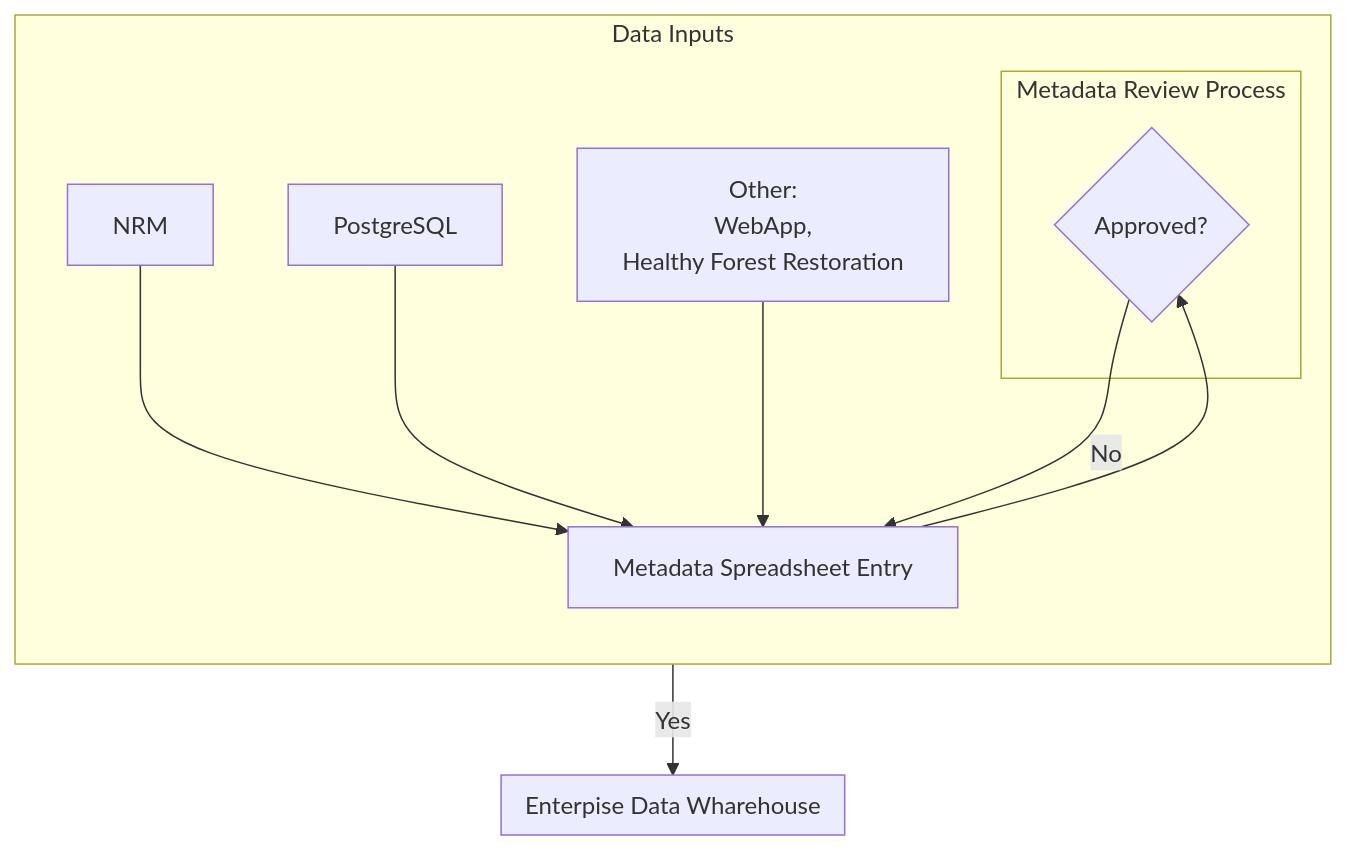
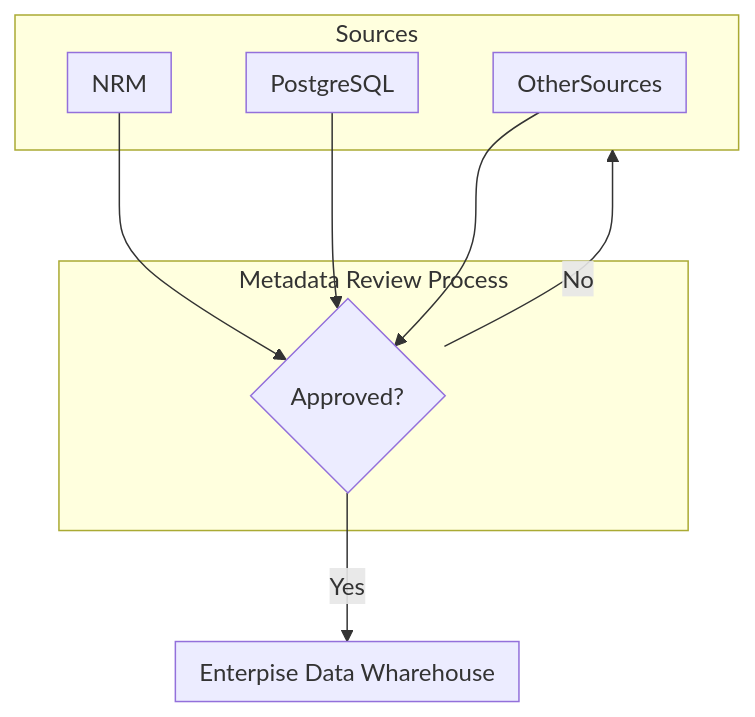
The diagram in docs/metadata-architecture.md (forestbytes/catalog), drawn with Mermaid before and after one commit.

Commit message:
Cleaner diagram

````diff
--- a/docs/metadata-architecture.md
+++ b/docs/metadata-architecture.md
@@ -1,26 +1,30 @@
 ```mermaid
 
-flowchart TB
-  subgraph DataInputs[Data Inputs]
-      direction TB
-      NRM --> MetadataSpreadsheetEntry[Metadata Spreadsheet Entry]
-      PostgreSQL --> MetadataSpreadsheetEntry
-      Other[
-        Other:
-        WebApp, 
-        Healthy Forest Restoration
-      ] --> MetadataSpreadsheetEntry
-      MetadataSpreadsheetEntry
+flowchart
+  direction TB
 
-      subgraph Review[Metadata Review Process]
-        ReviewDecision{Approved?}
-      end
+  subgraph Sources
+    subgraph NRM
+    end
+    
+    subgraph PostgreSQL
+    end
+
+    subgraph OtherSources
+    end
   end
 
-  subgraph EDW[Enterpise Data Wharehouse]
-  end
+NRM --> ReviewDecision
+PostgreSQL --> ReviewDecision
+OtherSources --> ReviewDecision
+
+subgraph Review[Metadata Review Process]
+  ReviewDecision{Approved?}
+end
+
+subgraph EDW[Enterpise Data Wharehouse]
+end
   
-  ReviewDecision --> |Yes| EDW
-  ReviewDecision --> |No| MetadataSpreadsheetEntry
-  MetadataSpreadsheetEntry --> ReviewDecision
+ReviewDecision --> |Yes| EDW
+ReviewDecision --> |No| Sources
 ```
````
